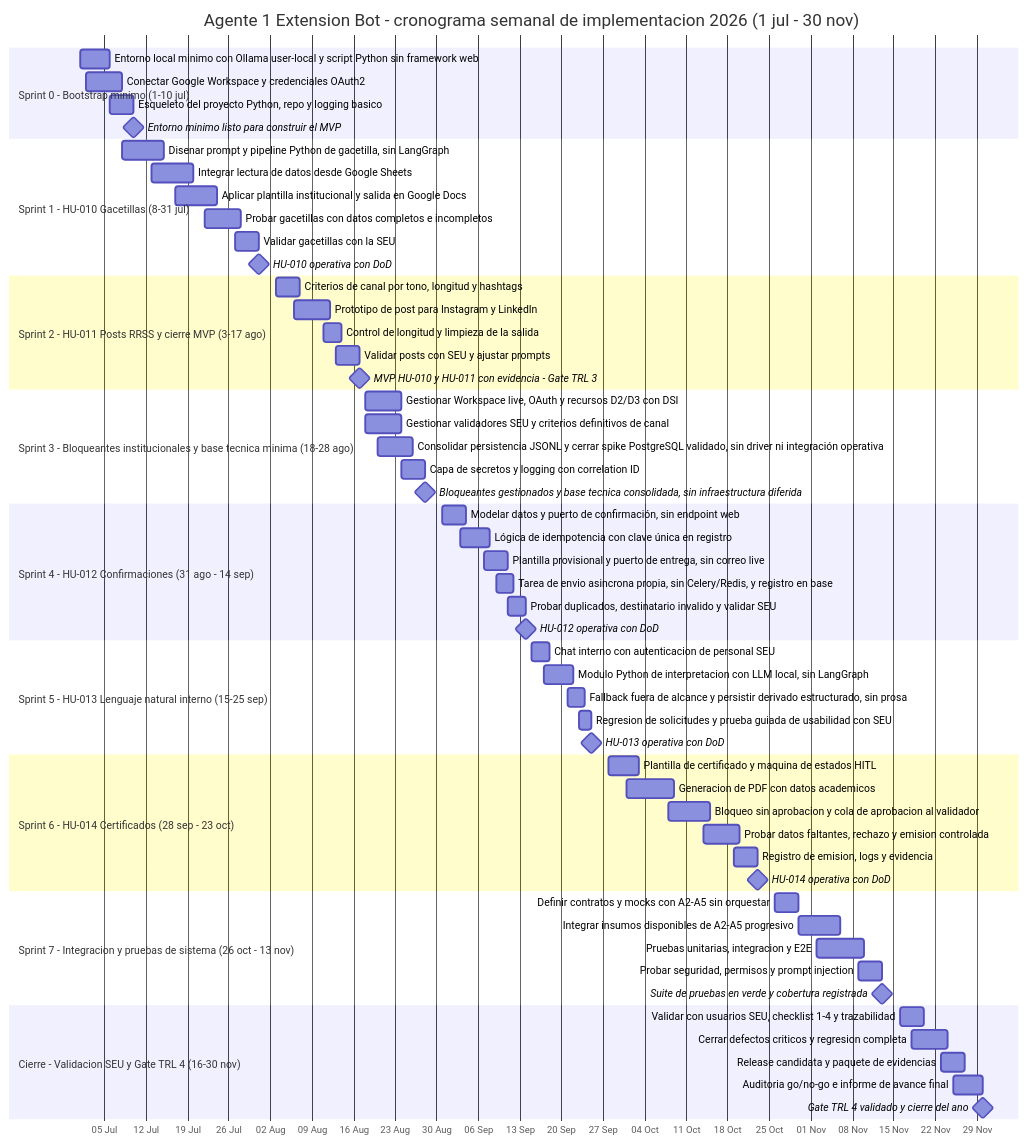
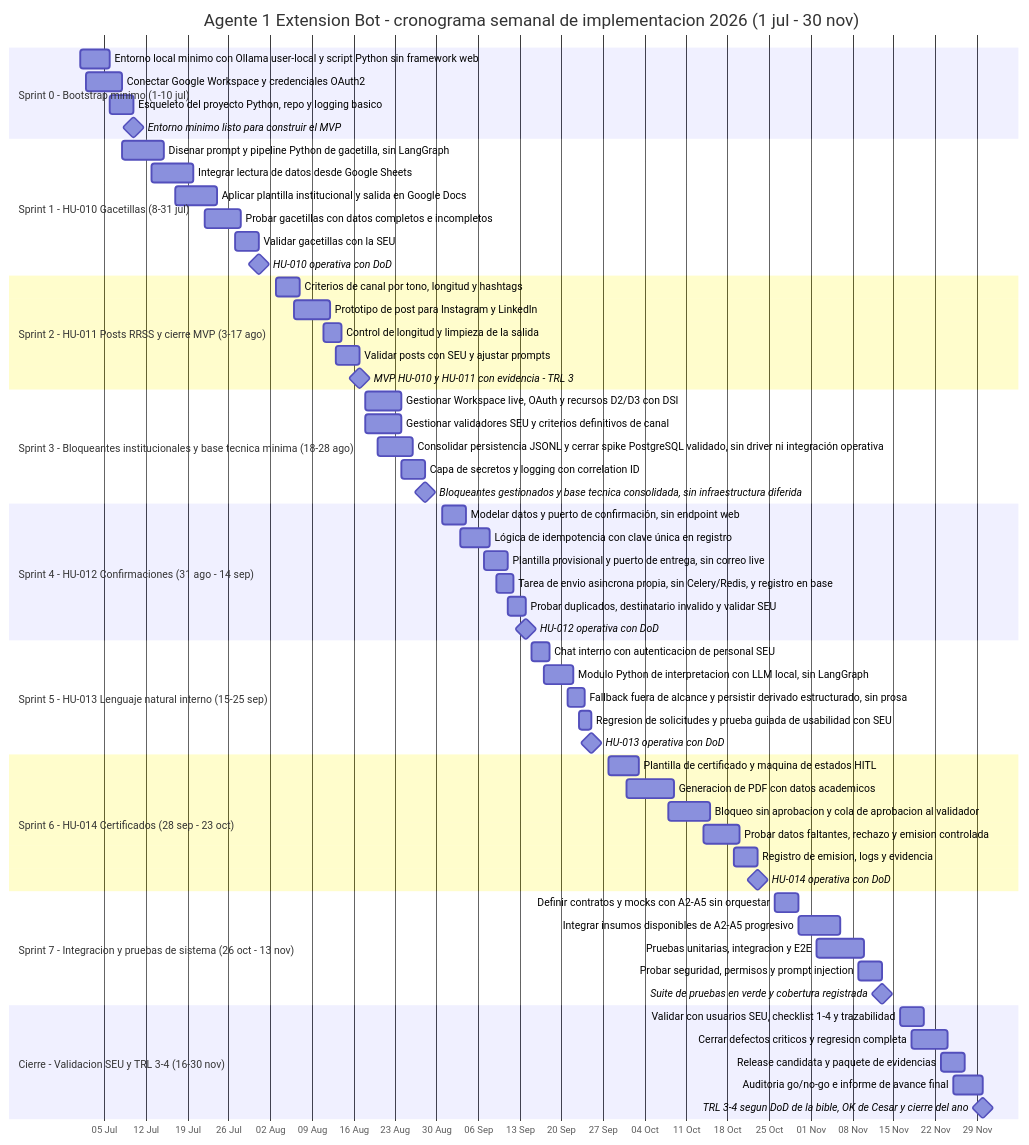
Before and after one commit to SpendIce/Proyecto-Final: the diagram in Documentos/Gantt/diagrama-gantt-implementacion-semanal.mmd, drawn with Mermaid. The commit also changed 2 other files, not shown here.

Commit message:
docs(gantt): corte al 18/11 con m1, m2, s1e, s5d y s7d cerrados
Trae el corte del 17/11 (aceptación SEU del 04/11, revisión de laboratorio
del 30/10, «TRL 3-4 con OK de César» en lugar de «Gate TRL 4») y lo
actualiza a 0.11.1: pedido y emisión de certificados desde la web, Excel de
la SEU, varios roles por persona, 3164 tests en verde. m5 y m6 siguen
abiertos; se quitan notas que contradecían tareas ya marcadas.

```diff
--- a/Documentos/Gantt/diagrama-gantt-implementacion-semanal.mmd
+++ b/Documentos/Gantt/diagrama-gantt-implementacion-semanal.mmd
@@ -1,71 +1,71 @@
 gantt
     title Agente 1 Extension Bot - cronograma semanal de implementacion 2026 (1 jul - 30 nov)
     dateFormat  YYYY-MM-DD
     axisFormat  %d %b
     tickInterval 1week
     todayMarker stroke-width:2px,stroke:#0f766e,opacity:0.6
 
     section Sprint 0 - Bootstrap minimo (1-10 jul)
     Entorno local minimo con Ollama user-local y script Python sin framework web :s0a, 2026-07-01, 2026-07-06
     Conectar Google Workspace y credenciales OAuth2          :s0b, 2026-07-02, 2026-07-08
     Esqueleto del proyecto Python, repo y logging basico      :s0c, 2026-07-06, 2026-07-10
     Entorno minimo listo para construir el MVP               :milestone, m0, 2026-07-10, 0d
 
     section Sprint 1 - HU-010 Gacetillas (8-31 jul)
     Disenar prompt y pipeline Python de gacetilla, sin LangGraph :s1a, 2026-07-08, 2026-07-15
     Integrar lectura de datos desde Google Sheets            :s1b, 2026-07-13, 2026-07-20
     Aplicar plantilla institucional y salida en Google Docs  :s1c, 2026-07-17, 2026-07-24
     Probar gacetillas con datos completos e incompletos      :s1d, 2026-07-22, 2026-07-28
     Validar gacetillas con la SEU                            :s1e, 2026-07-27, 2026-07-31
     HU-010 operativa con DoD                                 :milestone, m1, 2026-07-31, 0d
 
     section Sprint 2 - HU-011 Posts RRSS y cierre MVP (3-17 ago)
     Criterios de canal por tono, longitud y hashtags         :s2a, 2026-08-03, 2026-08-07
     Prototipo de post para Instagram y LinkedIn              :s2b, 2026-08-06, 2026-08-12
     Control de longitud y limpieza de la salida              :s2c, 2026-08-11, 2026-08-14
     Validar posts con SEU y ajustar prompts                 :s2d, 2026-08-13, 2026-08-17
-    MVP HU-010 y HU-011 con evidencia - Gate TRL 3          :milestone, m2, 2026-08-17, 0d
+    MVP HU-010 y HU-011 con evidencia - TRL 3          :milestone, m2, 2026-08-17, 0d
 
     section Sprint 3 - Bloqueantes institucionales y base tecnica minima (18-28 ago)
     Gestionar Workspace live, OAuth y recursos D2/D3 con DSI :s3a, 2026-08-18, 2026-08-24
     Gestionar validadores SEU y criterios definitivos de canal :s3b, 2026-08-18, 2026-08-24
     Consolidar persistencia JSONL y cerrar spike PostgreSQL validado, sin driver ni integración operativa :s3c, 2026-08-20, 2026-08-26
     Capa de secretos y logging con correlation ID           :s3d, 2026-08-24, 2026-08-28
     Bloqueantes gestionados y base tecnica consolidada, sin infraestructura diferida :milestone, m3, 2026-08-28, 0d
 
     section Sprint 4 - HU-012 Confirmaciones (31 ago - 14 sep)
     Modelar datos y puerto de confirmación, sin endpoint web :s4a, 2026-08-31, 2026-09-04
     Lógica de idempotencia con clave única en registro       :s4b, 2026-09-03, 2026-09-08
     Plantilla provisional y puerto de entrega, sin correo live :s4c, 2026-09-07, 2026-09-11
     Tarea de envio asincrona propia, sin Celery/Redis, y registro en base :s4d, 2026-09-09, 2026-09-12
     Probar duplicados, destinatario invalido y validar SEU   :s4e, 2026-09-11, 2026-09-14
     HU-012 operativa con DoD                                 :milestone, m4, 2026-09-14, 0d
 
     section Sprint 5 - HU-013 Lenguaje natural interno (15-25 sep)
     Chat interno con autenticacion de personal SEU           :s5a, 2026-09-15, 2026-09-18
     Modulo Python de interpretacion con LLM local, sin LangGraph :s5b, 2026-09-17, 2026-09-22
     Fallback fuera de alcance y persistir derivado estructurado, sin prosa :s5c, 2026-09-21, 2026-09-24
     Regresion de solicitudes y prueba guiada de usabilidad con SEU :s5d, 2026-09-23, 2026-09-25
     HU-013 operativa con DoD                                 :milestone, m5, 2026-09-25, 0d
 
     section Sprint 6 - HU-014 Certificados (28 sep - 23 oct)
     Plantilla de certificado y maquina de estados HITL       :s6a, 2026-09-28, 2026-10-03
     Generacion de PDF con datos academicos                   :s6b, 2026-10-01, 2026-10-09
     Bloqueo sin aprobacion y cola de aprobacion al validador :s6c, 2026-10-08, 2026-10-15
     Probar datos faltantes, rechazo y emision controlada     :s6d, 2026-10-14, 2026-10-20
     Registro de emision, logs y evidencia                    :s6e, 2026-10-19, 2026-10-23
     HU-014 operativa con DoD                                 :milestone, m6, 2026-10-23, 0d
 
     section Sprint 7 - Integracion y pruebas de sistema (26 oct - 13 nov)
     Definir contratos y mocks con A2-A5 sin orquestar        :s7a, 2026-10-26, 2026-10-30
     Integrar insumos disponibles de A2-A5 progresivo         :s7b, 2026-10-30, 2026-11-06
     Pruebas unitarias, integracion y E2E                     :s7c, 2026-11-02, 2026-11-10
     Probar seguridad, permisos y prompt injection            :s7d, 2026-11-09, 2026-11-13
     Suite de pruebas en verde y cobertura registrada         :milestone, m7, 2026-11-13, 0d
 
-    section Cierre - Validacion SEU y Gate TRL 4 (16-30 nov)
+    section Cierre - Validacion SEU y TRL 3-4 (16-30 nov)
     Validar con usuarios SEU, checklist 1-4 y trazabilidad   :c1, 2026-11-16, 2026-11-20
     Cerrar defectos criticos y regresion completa            :c2, 2026-11-18, 2026-11-24
     Release candidata y paquete de evidencias                :c3, 2026-11-23, 2026-11-27
     Auditoria go/no-go e informe de avance final             :c4, 2026-11-25, 2026-11-30
-    Gate TRL 4 validado y cierre del ano                     :milestone, m8, 2026-11-30, 0d
+    TRL 3-4 segun DoD de la bible, OK de Cesar y cierre del ano                     :milestone, m8, 2026-11-30, 0d
```
